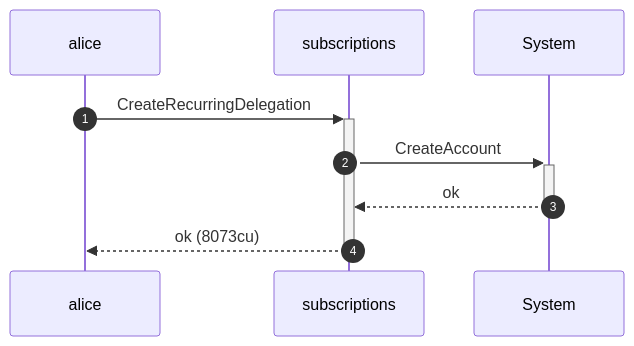
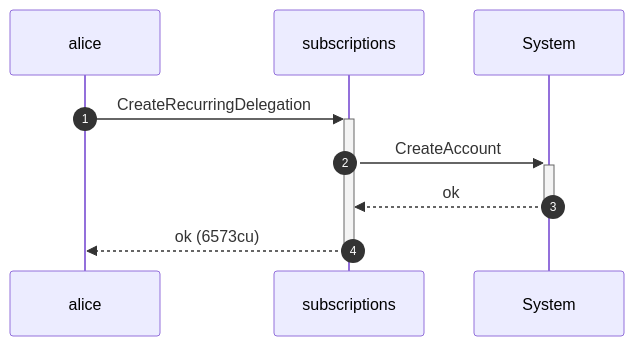
Before and after one commit to cds-rs/subscriptions: the sixth of 8 diagrams in dsl_tests/writable-accounts-must-be-writable--transferrecurring-.md, drawn with Mermaid. The commit also changed other lines of this file and 224 other files, not shown here.

````diff
--- a/dsl_tests/writable-accounts-must-be-writable--transferrecurring-.md
+++ b/dsl_tests/writable-accounts-must-be-writable--transferrecurring-.md
@@ -116,11 +122,11 @@
 ```mermaid
 sequenceDiagram
     autonumber
     participant alice
     participant subscriptions
     participant System
     alice ->>+ subscriptions: CreateRecurringDelegation
     subscriptions ->>+ System: CreateAccount
     System -->>- subscriptions: ok
-    subscriptions -->>- alice: ok (8073cu)
+    subscriptions -->>- alice: ok (6573cu)
 ```
````
